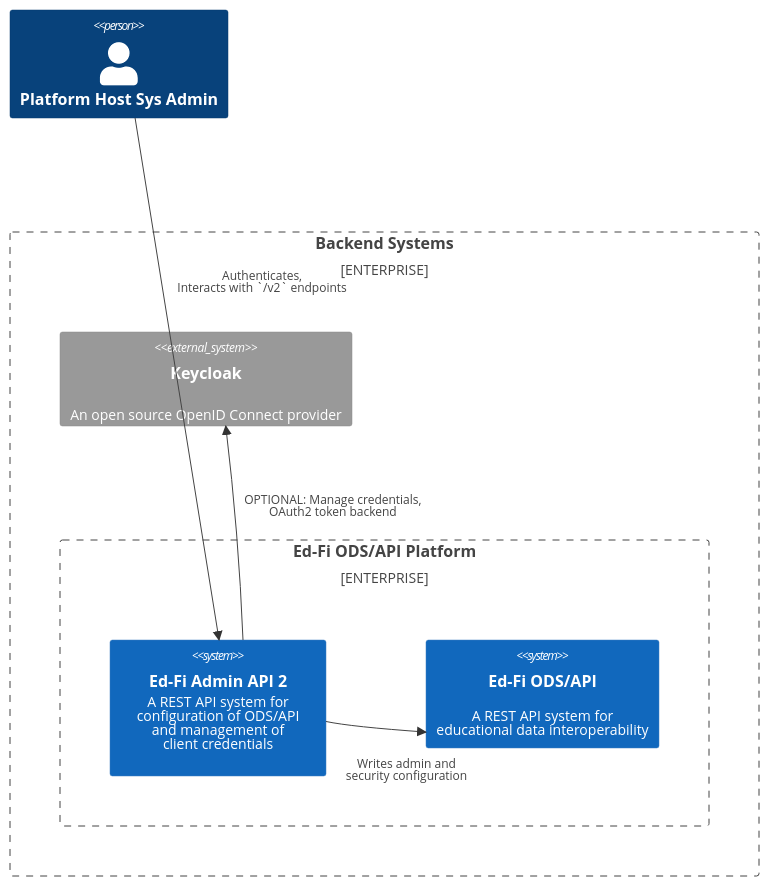
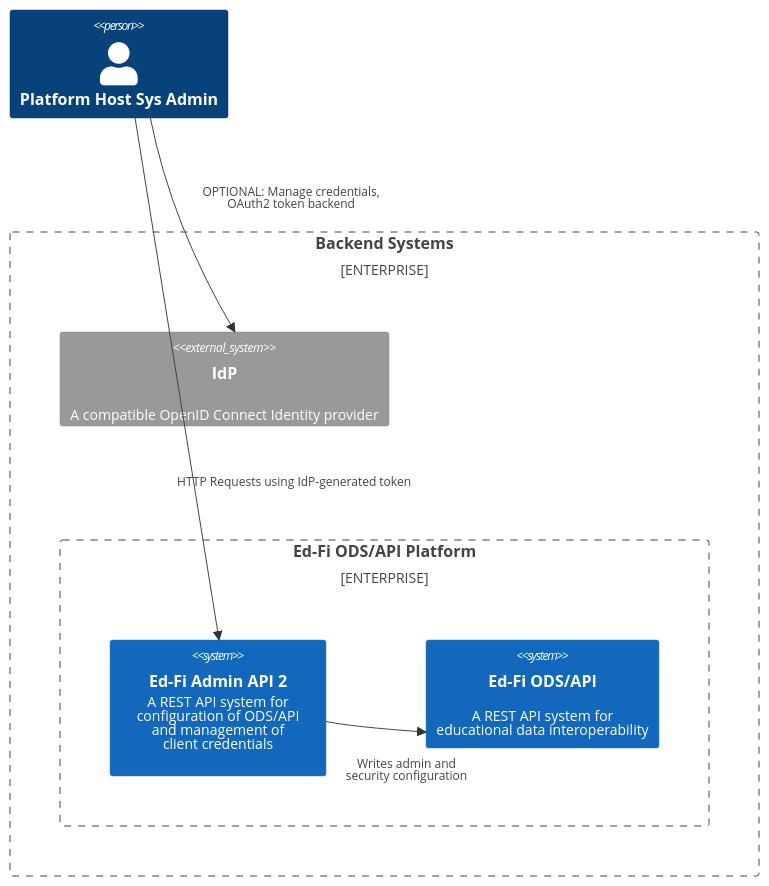
The third of 5 diagrams in docs/design/auth/README.md (Ed-Fi-Alliance-OSS/AdminAPI-2.x), drawn with Mermaid before and after one commit. The commit also changed other lines of this file, not shown here.

````diff
--- a/docs/design/auth/README.md
+++ b/docs/design/auth/README.md
@@ -71,25 +87,25 @@
 ```mermaid
 C4Context
     Person(SysAdmin, "Platform Host Sys Admin")
-    
+
     Enterprise_Boundary(backend, "Backend Systems") {
 
         Enterprise_Boundary(platform, "Ed-Fi ODS/API Platform") {
 
             System(AdminApi, "Ed-Fi Admin API 2", "A REST API system for<br />configuration of ODS/API<br />and management of<br />client credentials")
 
             System(OdsApi, "Ed-Fi ODS/API", "A REST API system for<br />educational data interoperability")
         }
         
-        Rel(SysAdmin, AdminApi, "Authenticates,<br />Interacts with `/v2` endpoints")
-        UpdateRelStyle(SysAdmin, AdminApi, $offsetX="0", $offsetY="-100")
+        Rel(SysAdmin, AdminApi, "HTTP Requests using IdP-generated token")
+        UpdateRelStyle(SysAdmin, AdminApi, $offsetX="0", $offsetY="100")
 
         Rel(AdminApi, OdsApi, "Writes admin and<br />security configuration")
         UpdateRelStyle(AdminApi, OdsApi, $offsetX="-30", $offsetY="40")
 
-        System_Ext(Keycloak, "Keycloak", "An open source OpenID Connect provider")
+        System_Ext(IdP, "IdP", "A compatible OpenID Connect Identity provider")
 
-        Rel(AdminApi, Keycloak, "OPTIONAL: Manage credentials,<br />OAuth2 token backend")
-        UpdateRelStyle(AdminApi, Keycloak, $offsetX="10", $offsetY="-30")
+        Rel(SysAdmin, IdP, "OPTIONAL: Manage credentials,<br />OAuth2 token backend")
+        UpdateRelStyle(SysAdmin, IdP, $offsetX="10", $offsetY="-30")
     }
 ```
````
